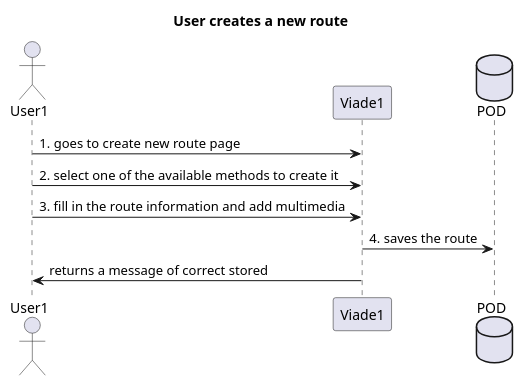
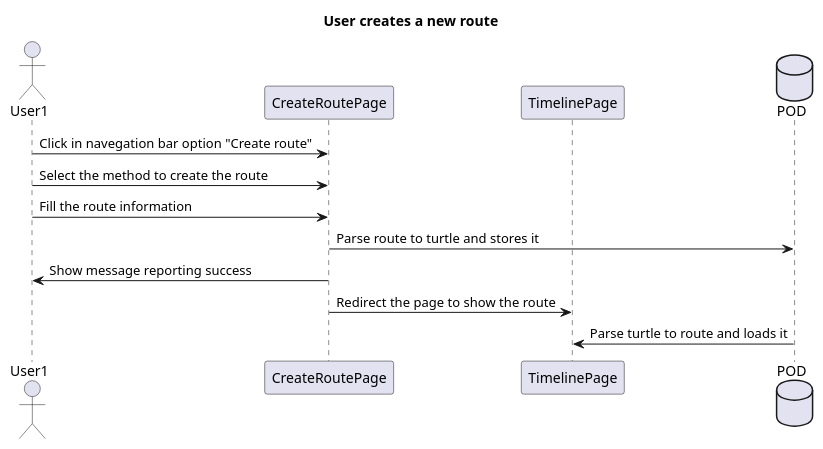
The second of 4 diagrams in src/docs/06_runtime_view.adoc (Arquisoft/viade_es2c), drawn with PlantUML before and after one commit. The commit also changed other lines of this file and 3 other files, not shown here.

```diff
--- a/src/docs/06_runtime_view.adoc
+++ b/src/docs/06_runtime_view.adoc
@@ -31,12 +31,15 @@
 [plantuml,"Routes creation secuence diagram",png]
 ----
 title User creates a new route
 actor User1
-participant Viade1
+participant CreateRoutePage
+participant TimelinePage
 database POD
-User1 -> Viade1: 1. goes to create new route page
-User1 -> Viade1: 2. select one of the available methods to create it
-User1 -> Viade1: 3. fill in the route information and add multimedia
-Viade1 -> POD: 4. saves the route
-Viade1 -> User1: returns a message of correct stored
+User1 -> CreateRoutePage: Click in navegation bar option "Create route"
+User1 -> CreateRoutePage: Select the method to create the route
+User1 -> CreateRoutePage: Fill the route information
+CreateRoutePage -> POD: Parse route to turtle and stores it
+CreateRoutePage -> User1: Show message reporting success
+CreateRoutePage -> TimelinePage: Redirect the page to show the route
+POD -> TimelinePage: Parse turtle to route and loads it
 ----
```
